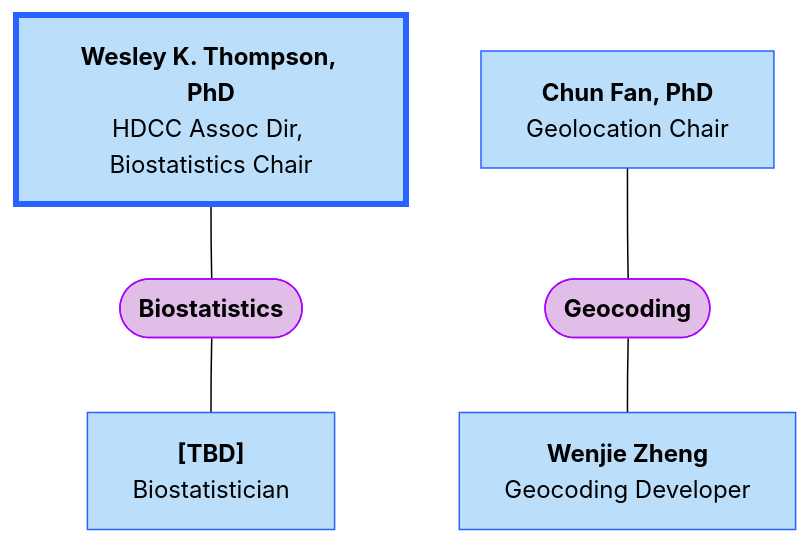
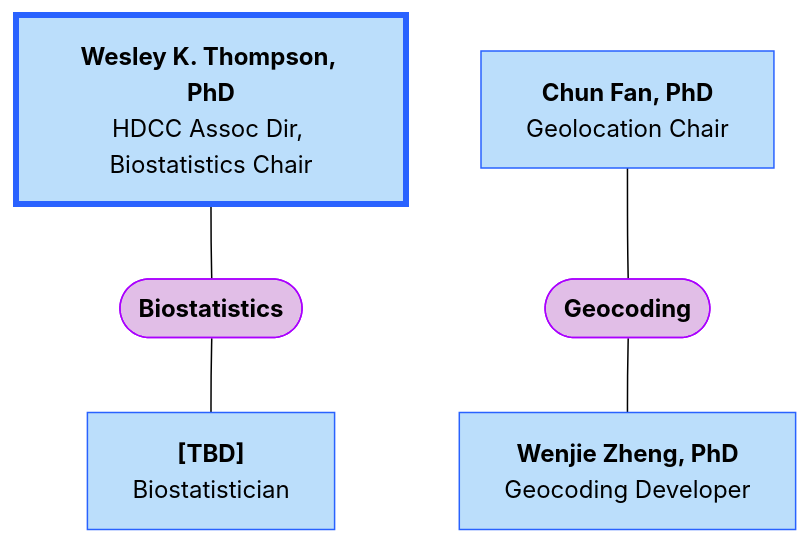
The second of 3 diagrams in docs/orgcharts.md (DCAN-Labs/hbcd-docs-internal), drawn with Mermaid (forest theme) before and after one commit. The commit also changed other lines of this file, not shown here.

Commit message:
libr polish

````diff
--- a/docs/orgcharts.md
+++ b/docs/orgcharts.md
@@ -847,13 +847,13 @@
 ```mermaid
 flowchart TB
     n16["<b>Wesley K. Thompson, PhD</b><br>HDCC Assoc Dir, Biostatistics Chair"] --- n20(["<b>Biostatistics</b>"])
     n20 --- n18["<b>[TBD]</b><br>Biostatistician"]
     n17["<b>Chun Fan, PhD</b><br>Geolocation Chair"] --- n21(["<b>Geocoding</b>"])
-    n21 --- n19["<b>Wenjie Zheng</b><br>Geocoding Developer"]
+    n21 --- n19["<b>Wenjie Zheng, PhD</b><br>Geocoding Developer"]
     style n16 fill:#BBDEFB,stroke:#2962FF,stroke-width:4px
     style n20 fill:#E1BEE7,stroke:#AA00FF
     style n18 fill:#BBDEFB,stroke:#2962FF
     style n17 fill:#BBDEFB,stroke:#2962FF
     style n21 stroke:#AA00FF,fill:#E1BEE7
     style n19 fill:#BBDEFB,stroke:#2962FF
 ```
````
